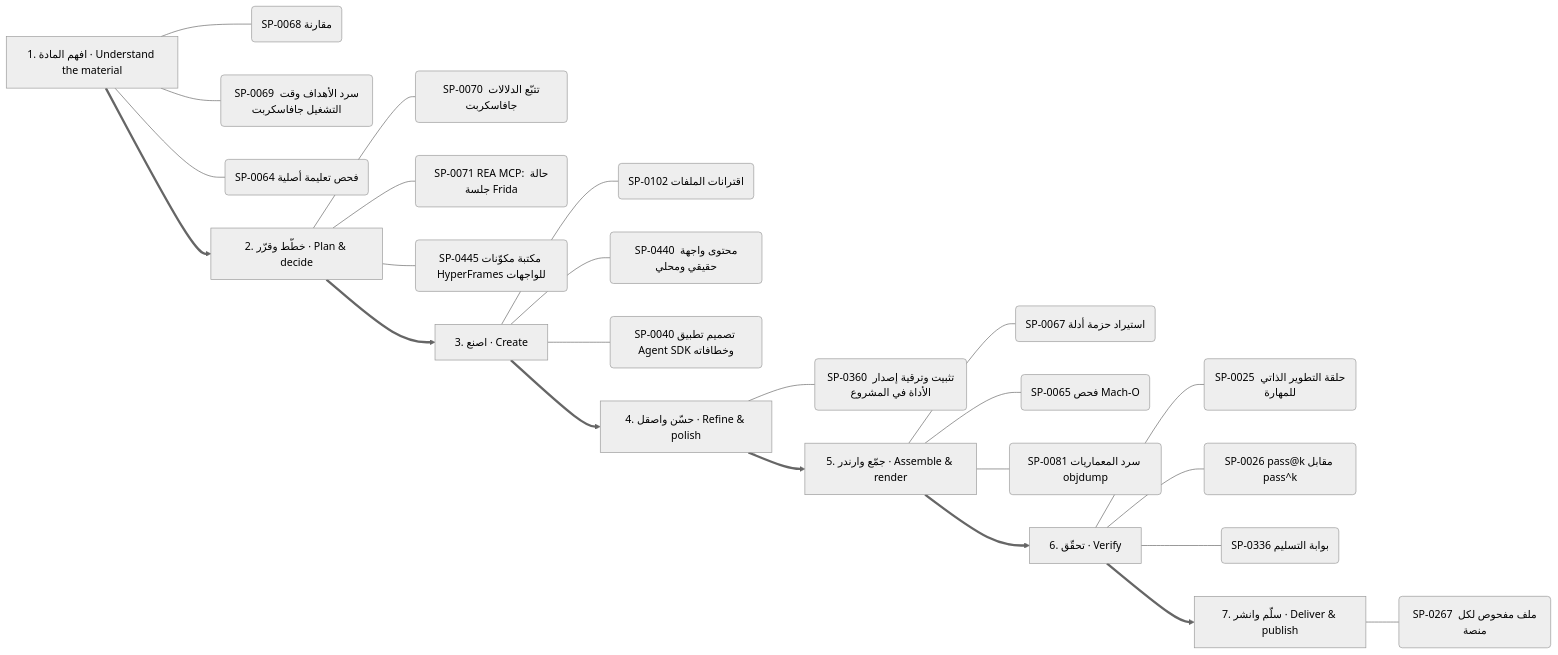
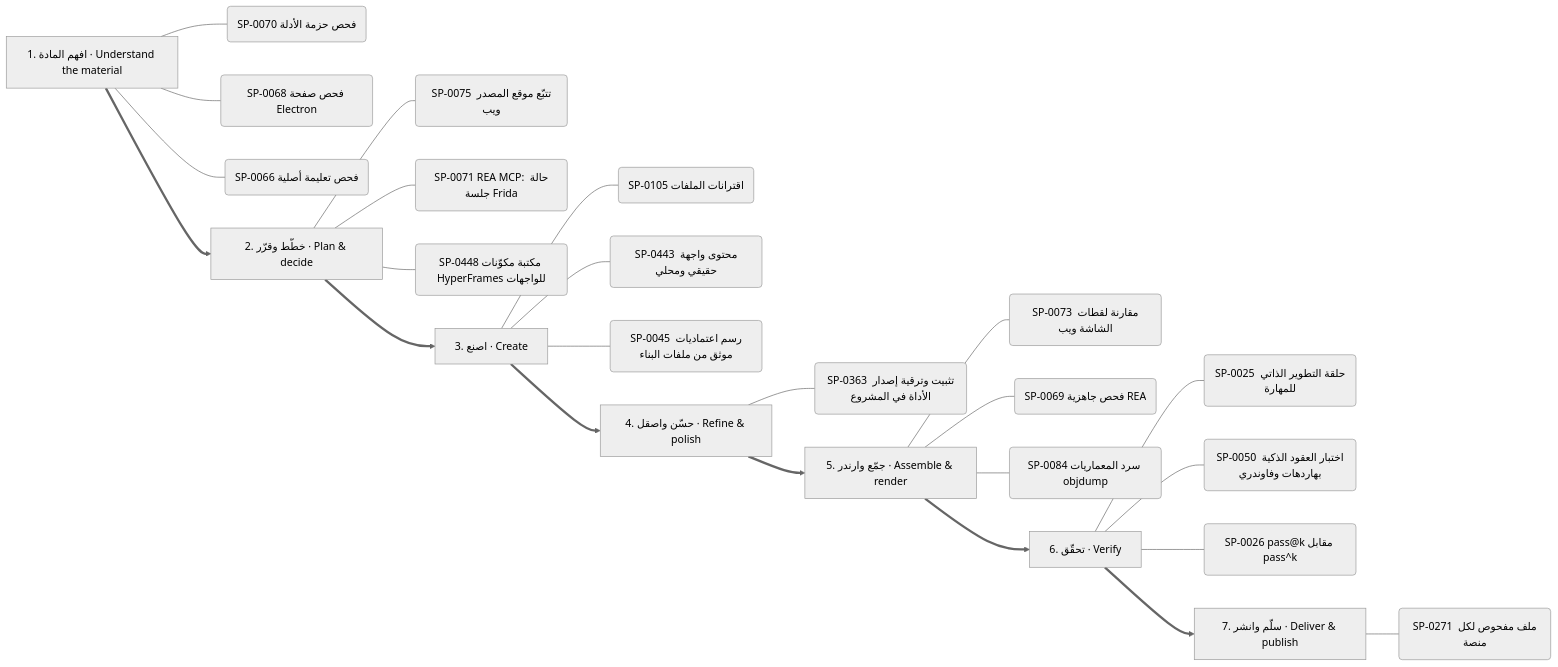
Before and after one commit to kosif199022-jpg/kosif-tool: diagram 11 of 13 in .claude/skills/kosif-superpowers/references/capability-mindmap.md, drawn with Mermaid (neutral theme). The commit also changed other lines of this file and 61 other files, not shown here.

First line of the commit message:
feat(kosif-superpowers): REA-approach superpowers map, 41 Atlas frontier powers, missing REA tools and agent-clone lessons

````diff
--- a/.claude/skills/kosif-superpowers/references/capability-mindmap.md
+++ b/.claude/skills/kosif-superpowers/references/capability-mindmap.md
@@ -547,33 +547,33 @@
 ```mermaid
 flowchart LR
   S0["1. افهم المادة · Understand the material"]
-  S0 --- S0_0("SP-0068 مقارنة")
-  S0 --- S0_1("SP-0069 سرد الأهداف وقت التشغيل جافاسكربت")
-  S0 --- S0_2("SP-0064 فحص تعليمة أصلية")
+  S0 --- S0_0("SP-0070 فحص حزمة الأدلة")
+  S0 --- S0_1("SP-0068 فحص صفحة Electron")
+  S0 --- S0_2("SP-0066 فحص تعليمة أصلية")
   S1["2. خطّط وقرّر · Plan & decide"]
-  S1 --- S1_0("SP-0070 تتبّع الدلالات جافاسكربت")
+  S1 --- S1_0("SP-0075 تتبّع موقع المصدر ويب")
   S1 --- S1_1("SP-0071 REA MCP: حالة جلسة Frida")
-  S1 --- S1_2("SP-0445 مكتبة مكوّنات HyperFrames للواجهات")
+  S1 --- S1_2("SP-0448 مكتبة مكوّنات HyperFrames للواجهات")
   S0 ==> S1
   S2["3. اصنع · Create"]
-  S2 --- S2_0("SP-0102 اقترانات الملفات")
-  S2 --- S2_1("SP-0440 محتوى واجهة حقيقي ومحلي")
-  S2 --- S2_2("SP-0040 تصميم تطبيق Agent SDK وخطافاته")
+  S2 --- S2_0("SP-0105 اقترانات الملفات")
+  S2 --- S2_1("SP-0443 محتوى واجهة حقيقي ومحلي")
+  S2 --- S2_2("SP-0045 رسم اعتماديات موثق من ملفات البناء")
   S1 ==> S2
   S3["4. حسّن واصقل · Refine & polish"]
-  S3 --- S3_0("SP-0360 تثبيت وترقية إصدار الأداة في المشروع")
+  S3 --- S3_0("SP-0363 تثبيت وترقية إصدار الأداة في المشروع")
   S2 ==> S3
   S4["5. جمّع وارندر · Assemble & render"]
-  S4 --- S4_0("SP-0067 استيراد حزمة أدلة")
-  S4 --- S4_1("SP-0065 فحص Mach-O")
-  S4 --- S4_2("SP-0081 سرد المعماريات objdump")
+  S4 --- S4_0("SP-0073 مقارنة لقطات الشاشة ويب")
+  S4 --- S4_1("SP-0069 فحص جاهزية REA")
+  S4 --- S4_2("SP-0084 سرد المعماريات objdump")
   S3 ==> S4
   S5["6. تحقّق · Verify"]
   S5 --- S5_0("SP-0025 حلقة التطوير الذاتي للمهارة")
-  S5 --- S5_1("SP-0026 pass@k مقابل pass^k")
-  S5 --- S5_2("SP-0336 بوابة التسليم")
+  S5 --- S5_1("SP-0050 اختبار العقود الذكية بهاردهات وفاوندري")
+  S5 --- S5_2("SP-0026 pass@k مقابل pass^k")
   S4 ==> S5
   S6["7. سلّم وانشر · Deliver & publish"]
-  S6 --- S6_0("SP-0267 ملف مفحوص لكل منصة")
+  S6 --- S6_0("SP-0271 ملف مفحوص لكل منصة")
   S5 ==> S6
 ```
````
